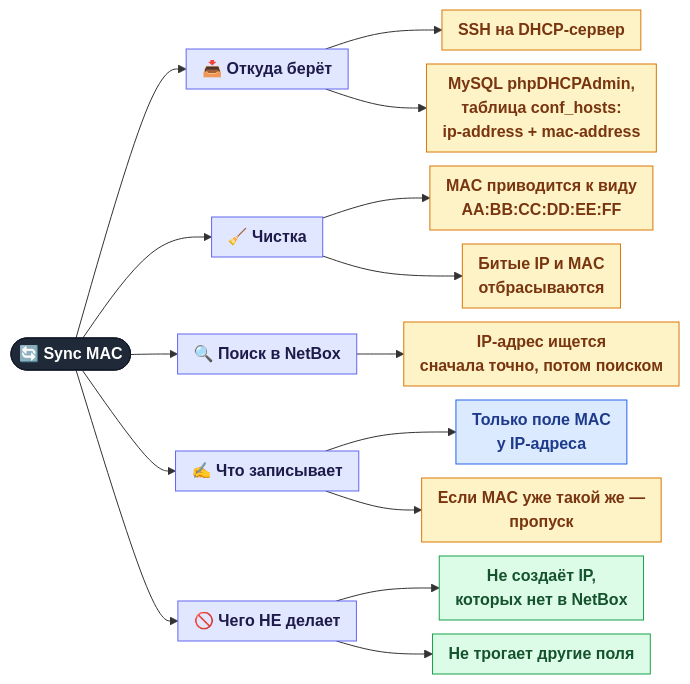
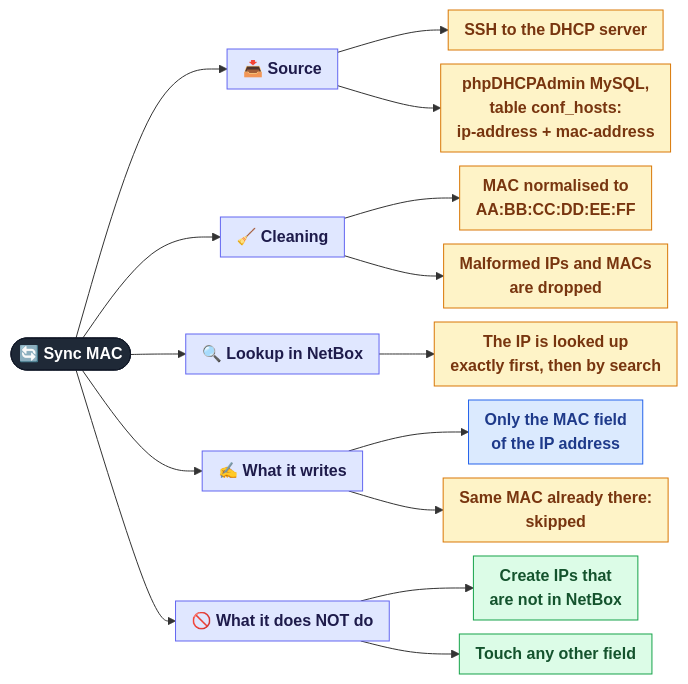
The second of 4 diagrams in docs/features/06a-netbox-mac-sync.md (Madly222/MCPforMonitoring), drawn with Mermaid before and after one commit. The commit also changed other lines of this file and 37 other files, not shown here.

````diff
--- a/docs/features/06a-netbox-mac-sync.md
+++ b/docs/features/06a-netbox-mac-sync.md
@@ -27,30 +27,30 @@
 ```mermaid
 %%{init: {"flowchart": {"nodeSpacing": 14, "rankSpacing": 45, "curve": "basis", "padding": 8, "wrappingWidth": 260}}}%%
 flowchart LR
     ROOT(["🔄 Sync MAC"]):::root
 
-    ROOT --> SRC["📥 Откуда берёт"]:::group
-    SRC --> S1["SSH на DHCP-сервер"]:::auto
-    SRC --> S2["MySQL phpDHCPAdmin,<br/>таблица conf_hosts:<br/>ip-address + mac-address"]:::auto
+    ROOT --> SRC["📥 Source"]:::group
+    SRC --> S1["SSH to the DHCP server"]:::auto
+    SRC --> S2["phpDHCPAdmin MySQL,<br/>table conf_hosts:<br/>ip-address + mac-address"]:::auto
 
-    ROOT --> CLEAN["🧹 Чистка"]:::group
-    CLEAN --> C1["MAC приводится к виду<br/>AA:BB:CC:DD:EE:FF"]:::auto
-    CLEAN --> C2["Битые IP и MAC<br/>отбрасываются"]:::auto
+    ROOT --> CLEAN["🧹 Cleaning"]:::group
+    CLEAN --> C1["MAC normalised to<br/>AA:BB:CC:DD:EE:FF"]:::auto
+    CLEAN --> C2["Malformed IPs and MACs<br/>are dropped"]:::auto
 
-    ROOT --> FIND["🔍 Поиск в NetBox"]:::group
-    FIND --> F1["IP-адрес ищется<br/>сначала точно, потом поиском"]:::auto
+    ROOT --> FIND["🔍 Lookup in NetBox"]:::group
+    FIND --> F1["The IP is looked up<br/>exactly first, then by search"]:::auto
 
-    ROOT --> WRITE["✍️ Что записывает"]:::group
-    WRITE --> W1["Только поле MAC<br/>у IP-адреса"]:::admin
-    WRITE --> W2["Если MAC уже такой же —<br/>пропуск"]:::auto
+    ROOT --> WRITE["✍️ What it writes"]:::group
+    WRITE --> W1["Only the MAC field<br/>of the IP address"]:::admin
+    WRITE --> W2["Same MAC already there:<br/>skipped"]:::auto
 
-    ROOT --> NOT["🚫 Чего НЕ делает"]:::group
-    NOT --> N1["Не создаёт IP,<br/>которых нет в NetBox"]:::all
-    NOT --> N2["Не трогает другие поля"]:::all
+    ROOT --> NOT["🚫 What it does NOT do"]:::group
+    NOT --> N1["Create IPs that<br/>are not in NetBox"]:::all
+    NOT --> N2["Touch any other field"]:::all
 
     classDef root  fill:#1f2937,stroke:#111827,color:#ffffff,font-weight:bold
     classDef group fill:#e0e7ff,stroke:#6366f1,color:#1e1b4b,font-weight:bold
     classDef all   fill:#dcfce7,stroke:#16a34a,color:#14532d
     classDef admin fill:#dbeafe,stroke:#2563eb,color:#1e3a8a
     classDef auto  fill:#fef3c7,stroke:#d97706,color:#78350f
 ```
````
